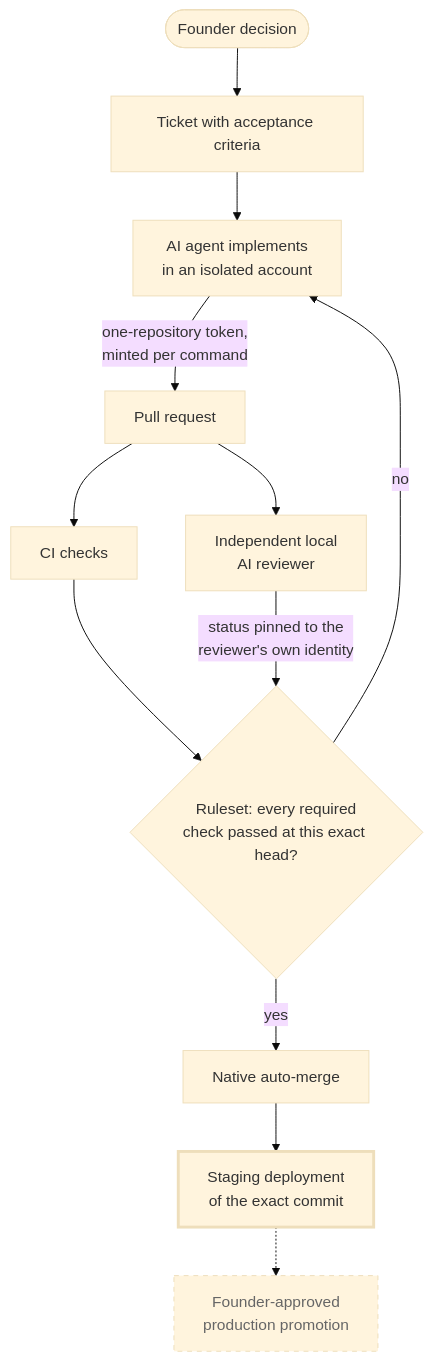
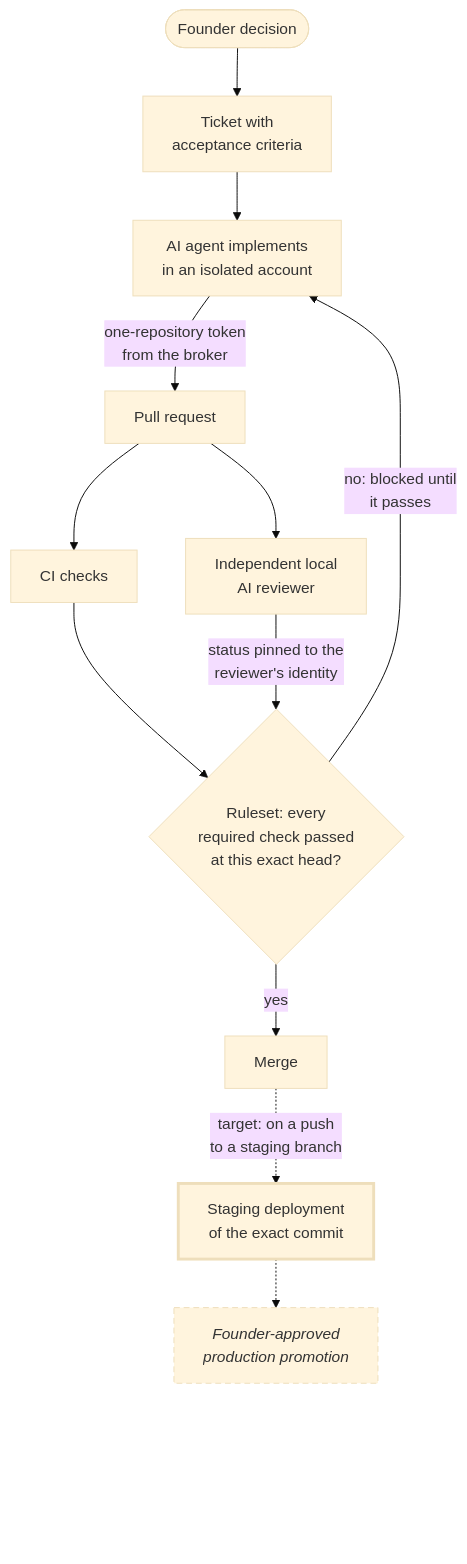
The diagram in README.md (mk-global/engineering-showcase), drawn with Mermaid (base theme) before and after one commit. The commit also changed other lines of this file, not shown here.

````diff
--- a/README.md
+++ b/README.md
@@ -18,19 +48,24 @@
 ```mermaid
 flowchart TD
-    founder(["Founder decision"]) --> ticket["Ticket with acceptance criteria"]
+    founder(["Founder decision"]) --> ticket["Ticket with<br/>acceptance criteria"]
     ticket --> agent["AI agent implements<br/>in an isolated account"]
-    agent -->|"one-repository token,<br/>minted per command"| pr["Pull request"]
+    agent -->|"one-repository token<br/>from the broker"| pr["Pull request"]
     pr --> ci["CI checks"]
     pr --> review["Independent local<br/>AI reviewer"]
-    ci --> gate{"Ruleset: every required<br/>check passed at this exact head?"}
-    review -->|"status pinned to the<br/>reviewer's own identity"| gate
-    gate -->|yes| merge["Native auto-merge"]
-    gate -->|no| agent
-    merge --> staging["Staging deployment<br/>of the exact commit"]
+    ci --> gate{"Ruleset: every<br/>required check passed<br/>at this exact head?"}
+    review -->|"status pinned to the<br/>reviewer's identity"| gate
+    gate -->|"yes"| merge["Merge"]
+    gate -->|"no: blocked until<br/>it passes"| agent
+    merge -.->|"target: on a push<br/>to a staging branch"| staging["Staging deployment<br/>of the exact commit"]
     staging -.-> prod["Founder-approved<br/>production promotion"]
+    %% An invisible spacer keeps the last node clear of the pan and zoom
+    %% controls GitHub draws over the bottom-right corner on narrow screens.
+    prod ~~~ spacer["<br/><br/><br/><br/>"]
 
-    classDef planned stroke-dasharray: 5 5,color:#666;
-    classDef partial stroke-width:3px;
+    classDef notinservice stroke-width:3px;
+    classDef planned stroke-dasharray: 6 4,font-style:italic;
+    classDef spacer fill:none,stroke:none;
+    class staging notinservice;
     class prod planned;
-    class staging partial;
+    class spacer spacer;
 ```
````
